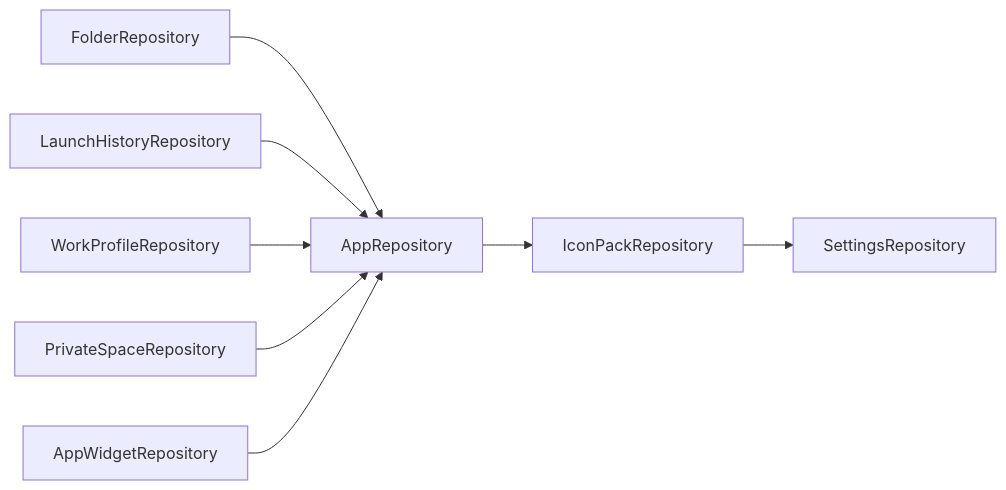
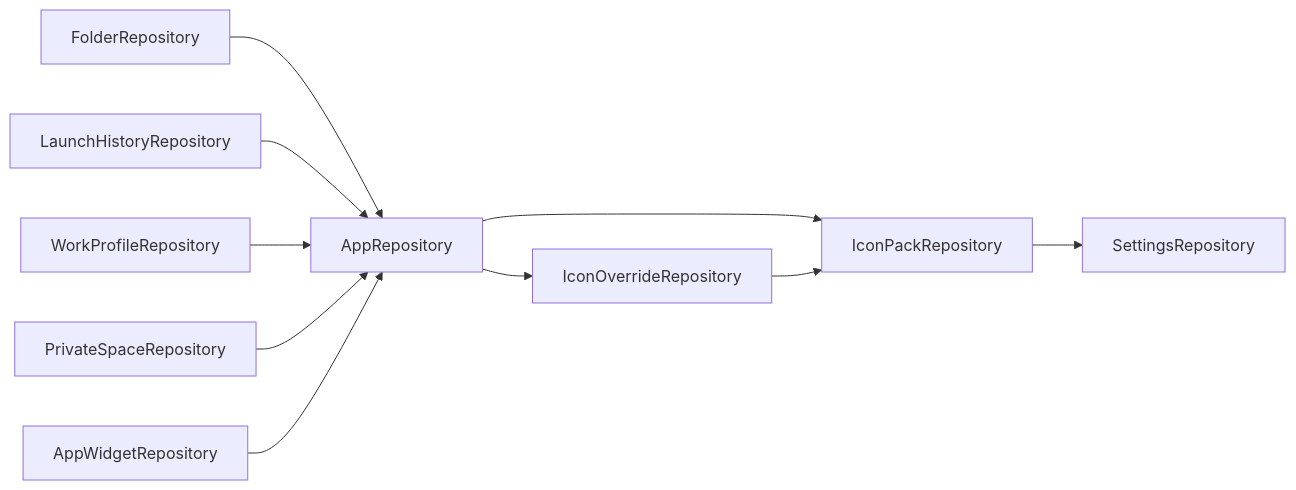
The diagram in docs/architecture/07-registries.md (rohitganjam/facet-launcher), drawn with Mermaid before and after one commit. The commit also changed other lines of this file and 57 other files, not shown here.

````diff
--- a/docs/architecture/07-registries.md
+++ b/docs/architecture/07-registries.md
@@ -82,11 +83,13 @@
 ```mermaid
 flowchart LR
     AR[AppRepository]
     FOR[FolderRepository] --> AR
     LHR[LaunchHistoryRepository] --> AR
     WPR[WorkProfileRepository] --> AR
     PSR[PrivateSpaceRepository] --> AR
     AWR[AppWidgetRepository] --> AR
     AR --> IPR[IconPackRepository]
+    AR --> IOR[IconOverrideRepository]
+    IOR --> IPR
     IPR --> SR[SettingsRepository]
 ```
````
